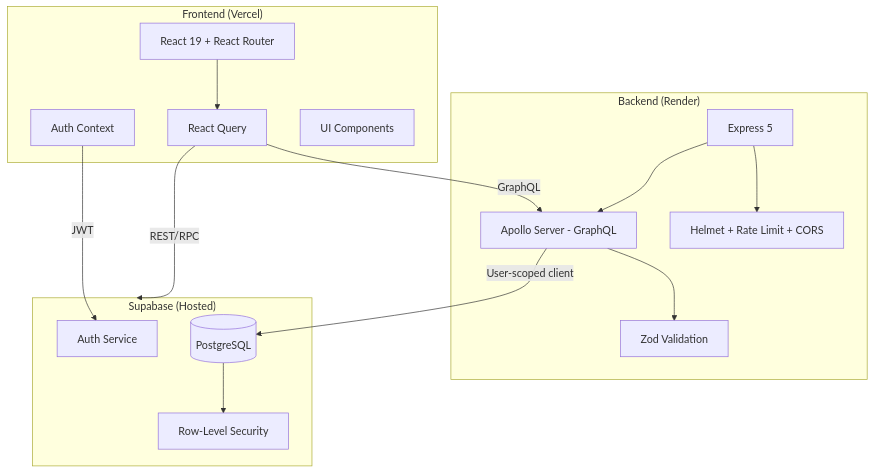
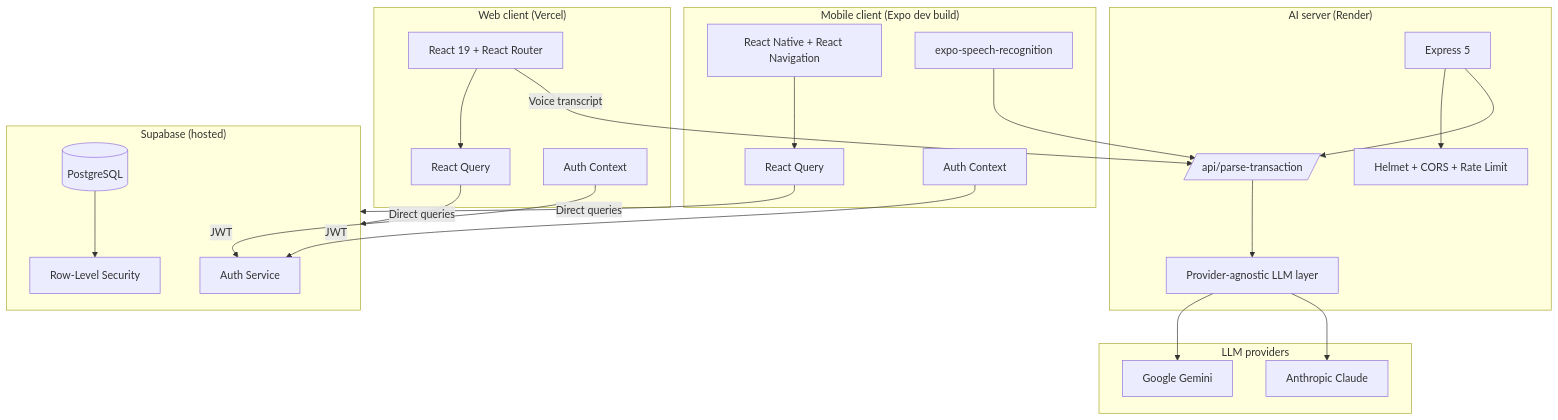
Before and after one commit to ShivaniNR/Personal-Finance-Tracker: the first of 8 diagrams in README.md, drawn with Mermaid. The commit also changed other lines of this file, not shown here.

First line of the commit message:
Update README to reflect current architecture

````diff
--- a/README.md
+++ b/README.md
@@ -147,32 +154,48 @@
 ```mermaid
 graph TB
-    subgraph Client ["Frontend (Vercel)"]
+    subgraph Web ["Web client (Vercel)"]
         React[React 19 + React Router]
-        RQ[React Query]
-        Auth[Auth Context]
-        UI[UI Components]
+        RQWeb[React Query]
+        AuthWeb[Auth Context]
     end
 
-    subgraph Server ["Backend (Render)"]
-        Express[Express 5]
-        Apollo[Apollo Server - GraphQL]
-        Validation[Zod Validation]
-        Security[Helmet + Rate Limit + CORS]
+    subgraph Mobile ["Mobile client (Expo dev build)"]
+        RN[React Native + React Navigation]
+        RQM[React Query]
+        AuthM[Auth Context]
+        Voice[expo-speech-recognition]
     end
 
-    subgraph Supabase ["Supabase (Hosted)"]
+    subgraph Server ["AI server (Render)"]
+        Express[Express 5]
+        Helmet[Helmet + CORS + Rate Limit]
+        AI[/api/parse-transaction/]
+        LLM[Provider-agnostic LLM layer]
+    end
+
+    subgraph LLMProviders ["LLM providers"]
+        Gemini[Google Gemini]
+        Anthropic[Anthropic Claude]
+    end
+
+    subgraph Supabase ["Supabase (hosted)"]
         SupaAuth[Auth Service]
         PG[(PostgreSQL)]
         RLS[Row-Level Security]
     end
 
-    React --> RQ
-    RQ -->|REST/RPC| Supabase
-    RQ -->|GraphQL| Apollo
-    Auth -->|JWT| SupaAuth
-    Apollo --> Validation
-    Apollo -->|User-scoped client| PG
-    Express --> Security
-    Express --> Apollo
+    React --> RQWeb
+    RN --> RQM
+    RQWeb -->|Direct queries| Supabase
+    RQM -->|Direct queries| Supabase
+    AuthWeb -->|JWT| SupaAuth
+    AuthM -->|JWT| SupaAuth
+    Voice --> AI
+    React -->|Voice transcript| AI
+    Express --> Helmet
+    Express --> AI
+    AI --> LLM
+    LLM --> Gemini
+    LLM --> Anthropic
     PG --> RLS
 ```
````
